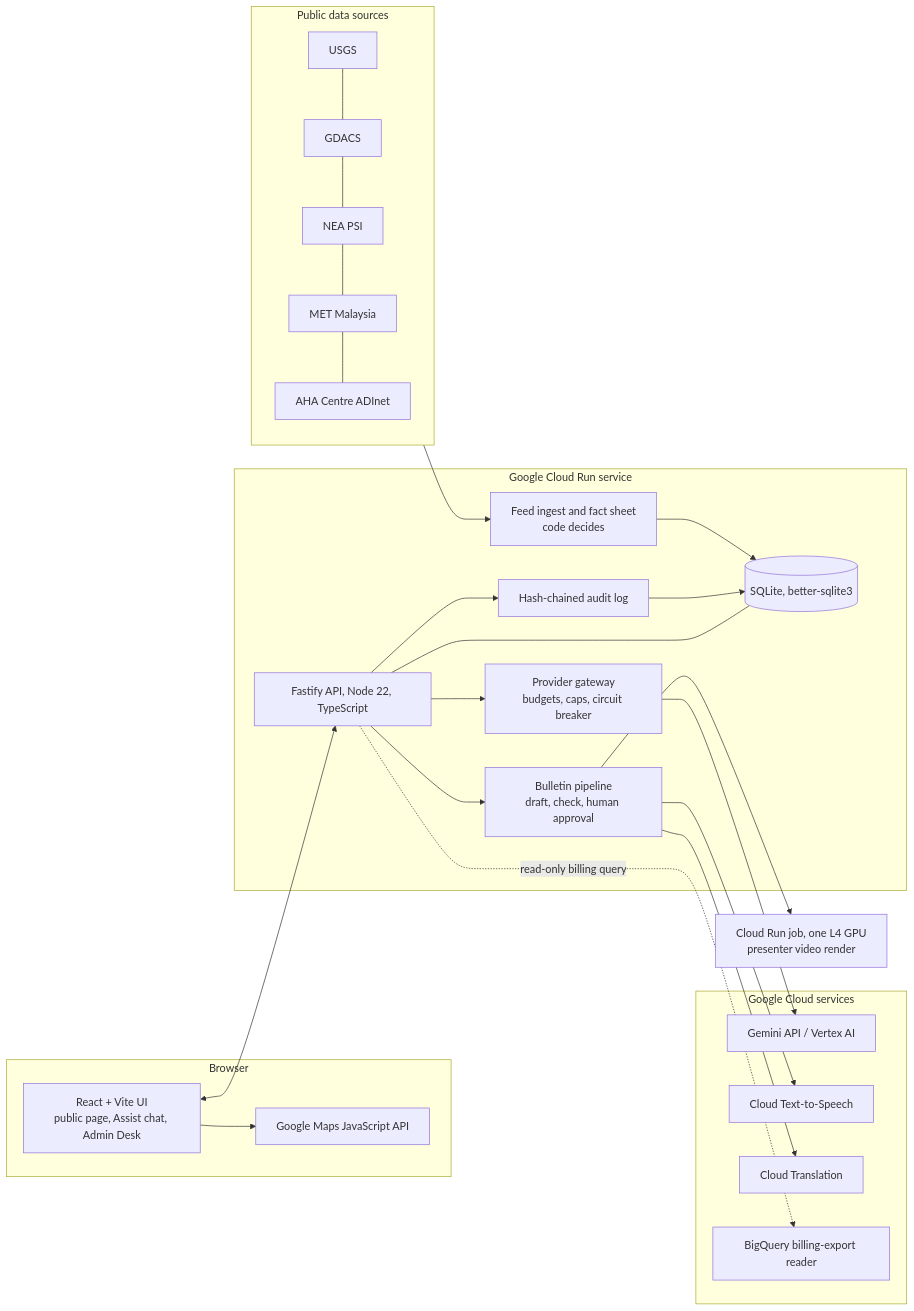
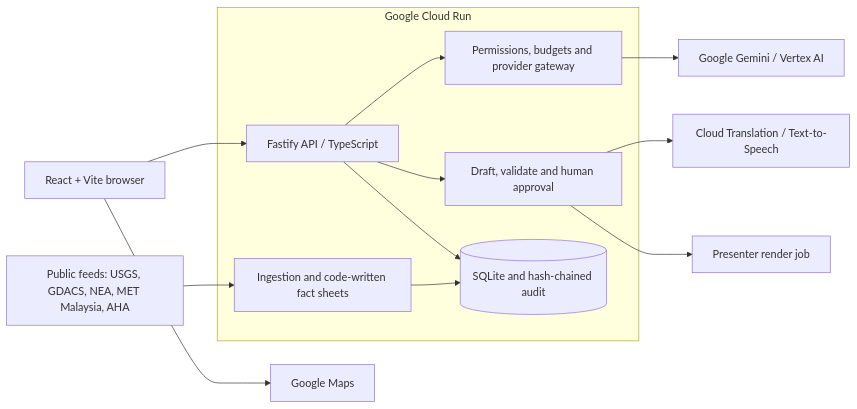
Before and after one commit to jhosenal/aegis-ngo: the diagram in README.md, drawn with Mermaid. The commit also changed other lines of this file and 1198 other files, not shown here.

````diff
--- a/README.md
+++ b/README.md
@@ -31,35 +45,23 @@
 ```mermaid
 flowchart LR
-  subgraph Sources[Public data sources]
-    USGS[USGS] --- GDACS[GDACS] --- NEA[NEA PSI] --- MET[MET Malaysia] --- AHA[AHA Centre ADInet]
+  SOURCES["Public feeds: USGS, GDACS, NEA, MET Malaysia, AHA"]
+  UI["React + Vite browser"]
+  MAPS["Google Maps"]
+  subgraph RUN["Google Cloud Run"]
+    API["Fastify API / TypeScript"]
+    FACTS["Ingestion and code-written fact sheets"]
+    GATE["Permissions, budgets and provider gateway"]
+    NEWS["Draft, validate and human approval"]
+    DB[("SQLite and hash-chained audit")]
   end
-  subgraph Browser[Browser]
-    UI[React + Vite UI<br/>public page, Assist chat, Admin Desk]
-    MAPS[Google Maps JavaScript API]
-  end
-  subgraph Run[Google Cloud Run service]
-    API[Fastify API, Node 22, TypeScript]
-    ING[Feed ingest and fact sheet<br/>code decides]
-    GW[Provider gateway<br/>budgets, caps, circuit breaker]
-    BC[Bulletin pipeline<br/>draft, check, human approval]
-    AUD[Hash-chained audit log]
-    DB[(SQLite, better-sqlite3)]
-  end
-  subgraph Google[Google Cloud services]
-    GEM[Gemini API / Vertex AI]
-    TTS[Cloud Text-to-Speech]
-    TR[Cloud Translation]
-    BQ[BigQuery billing-export reader]
-  end
-  RENDER[Cloud Run job, one L4 GPU<br/>presenter video render]
-  Sources --> ING --> DB
-  UI <--> API
+  AI["Google Gemini / Vertex AI"]
+  LANGUAGE["Cloud Translation / Text-to-Speech"]
+  RENDER["Presenter render job"]
+  SOURCES --> FACTS --> DB
+  UI --> API
   UI --> MAPS
-  API --> GW --> GEM
-  API --> BC --> TTS
-  BC --> TR
-  BC --> RENDER
-  API --> AUD --> DB
-  API -. read-only billing query .-> BQ
-  API --- DB
+  API --> GATE --> AI
+  API --> NEWS --> LANGUAGE
+  NEWS --> RENDER
+  API --> DB
 ```
````
